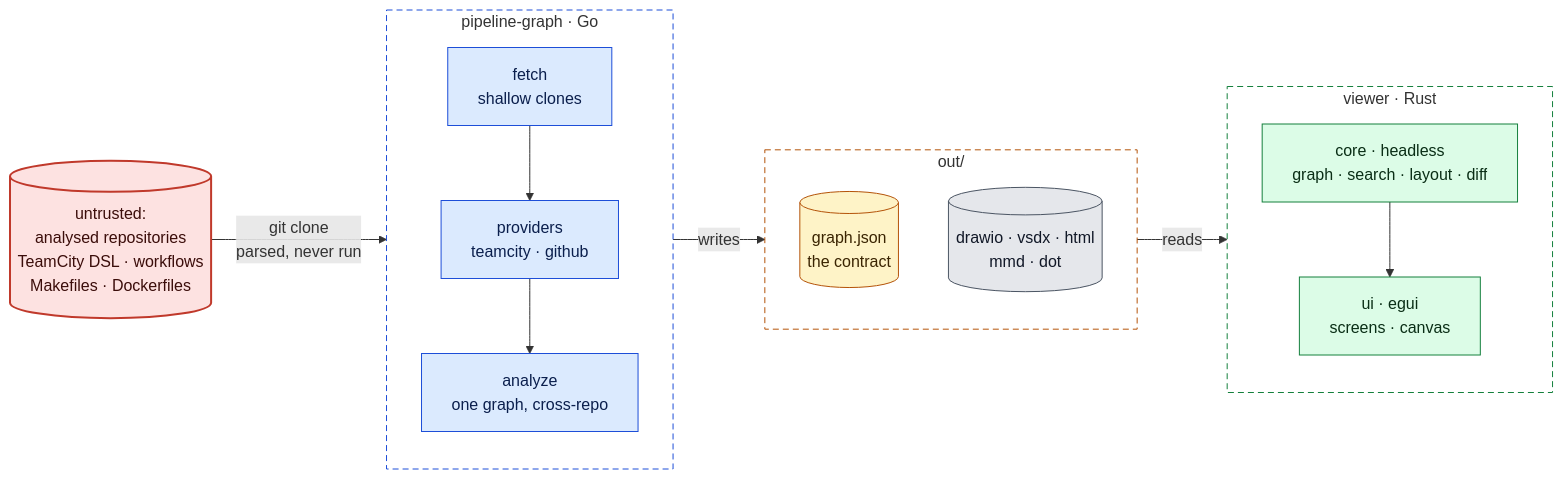
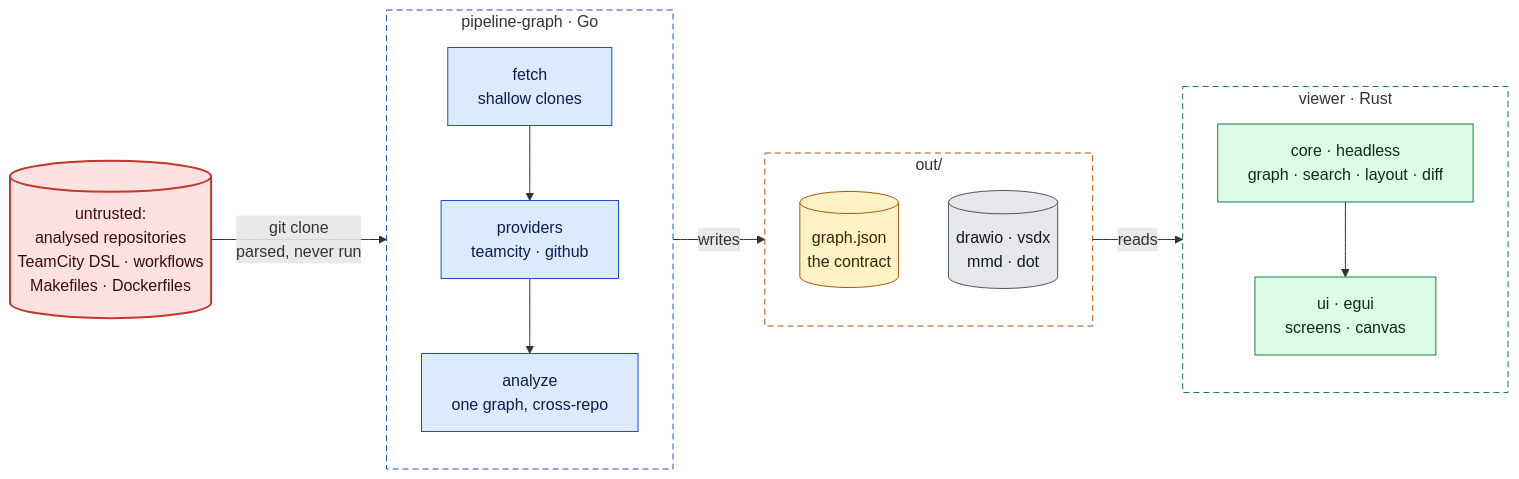
One commit to Avicted/tools.pipeline-graph changed the diagram in docs/architecture.md. Above: the diagram before and after it, drawn with Mermaid. The commit also changed other lines of this file and 10 other files, not shown here.

````diff
--- a/docs/architecture.md
+++ b/docs/architecture.md
@@ -30,36 +30,36 @@
 ```mermaid
 %% view: overview
 flowchart LR
     repos[("untrusted:<br/>analysed repositories<br/>TeamCity DSL · workflows<br/>Makefiles · Dockerfiles")]
     subgraph cli["pipeline-graph · Go"]
         direction TB
         fetch["fetch<br/>shallow clones"] --> prov["providers<br/>teamcity · github"] --> an["analyze<br/>one graph, cross-repo"]
     end
     subgraph out["out/"]
         direction TB
         json[("graph.json<br/>the contract")]
-        diagrams[("drawio · vsdx · html<br/>mmd · dot")]
+        diagrams[("drawio · vsdx<br/>mmd · dot")]
     end
     subgraph viewer["viewer · Rust"]
         direction TB
         core["core · headless<br/>graph · search · layout · diff"] --> ui["ui · egui<br/>screens · canvas"]
     end
 
     repos -- "git clone<br/>parsed, never run" --> cli
     cli -- "writes" --> out
     json -- "reads" --> viewer
 
     classDef untrusted fill:#fde2e1,stroke:#c0392b,color:#3b0d0a,stroke-width:2px
     classDef go fill:#dbeafe,stroke:#1d4ed8,color:#0b1f4d
     classDef data fill:#fef3c7,stroke:#b45309,color:#3a2402
     classDef rust fill:#dcfce7,stroke:#15803d,color:#0a2e16
     classDef output fill:#e5e7eb,stroke:#4b5563,color:#111827
     class repos untrusted
     class fetch,prov,an go
     class json data
     class core,ui rust
     class diagrams output
     style cli fill:none,stroke:#1d4ed8,stroke-dasharray:6 4
     style out fill:none,stroke:#b45309,stroke-dasharray:6 4
     style viewer fill:none,stroke:#15803d,stroke-dasharray:6 4
 ```
````
